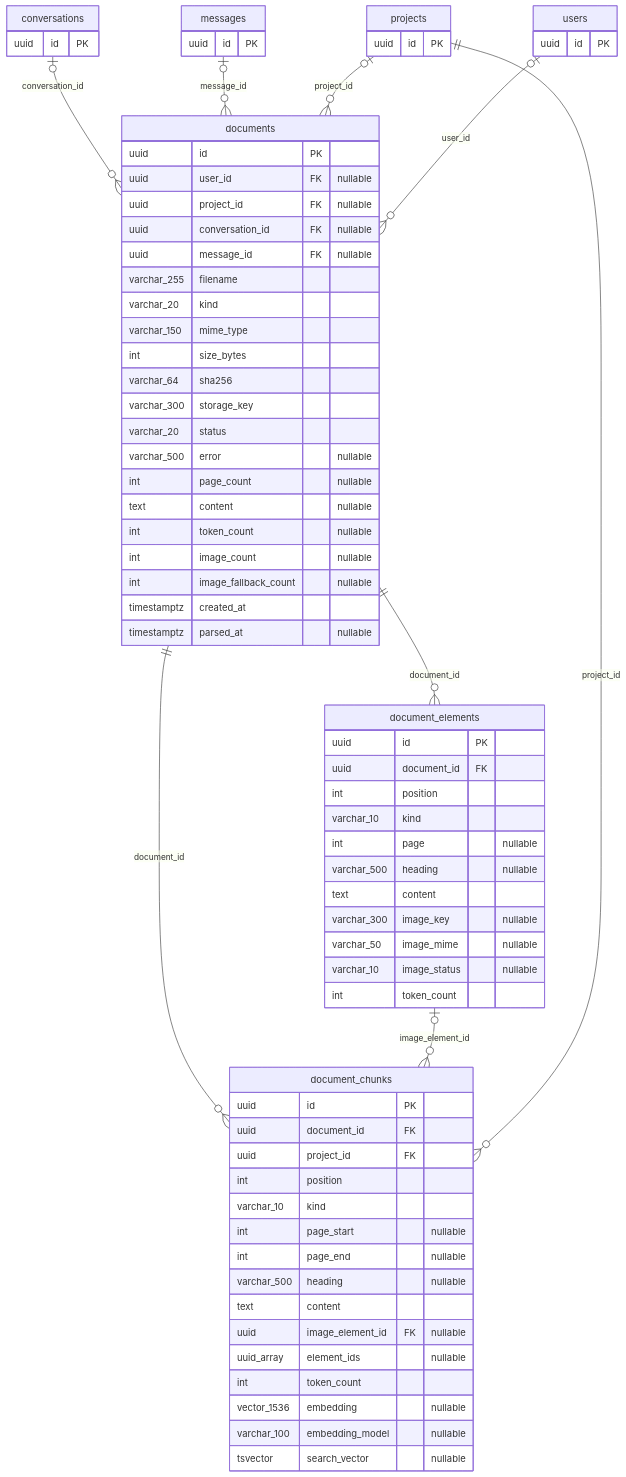
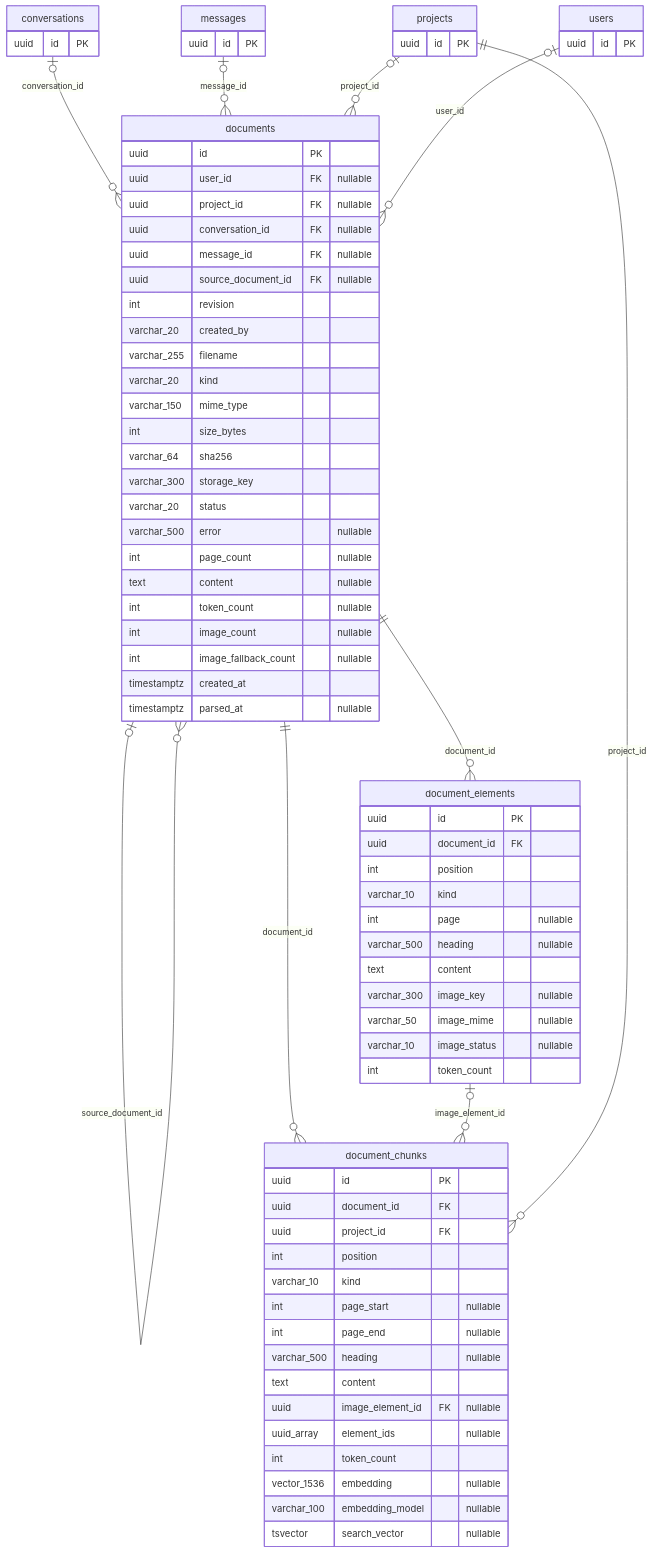
Before and after one commit to okdoittttt/apogee-deck: the fourth of 5 diagrams in docs/data/erd.md, drawn with Mermaid. The commit also changed other lines of this file and 26 other files, not shown here.

````diff
--- a/docs/data/erd.md
+++ b/docs/data/erd.md
@@ -157,75 +158,79 @@
 ```mermaid
 erDiagram
     conversations o|--o{ documents : "conversation_id"
     messages o|--o{ documents : "message_id"
     projects o|--o{ documents : "project_id"
+    documents o|--o{ documents : "source_document_id"
     users o|--o{ documents : "user_id"
     documents ||--o{ document_elements : "document_id"
     documents ||--o{ document_chunks : "document_id"
     document_elements o|--o{ document_chunks : "image_element_id"
     projects ||--o{ document_chunks : "project_id"
     users {
         uuid id PK
     }
     projects {
         uuid id PK
     }
     conversations {
         uuid id PK
     }
     messages {
         uuid id PK
     }
     documents {
         uuid id PK
         uuid user_id FK "nullable"
         uuid project_id FK "nullable"
         uuid conversation_id FK "nullable"
         uuid message_id FK "nullable"
+        uuid source_document_id FK "nullable"
+        int revision
+        varchar_20 created_by
         varchar_255 filename
         varchar_20 kind
         varchar_150 mime_type
         int size_bytes
         varchar_64 sha256
         varchar_300 storage_key
         varchar_20 status
         varchar_500 error "nullable"
         int page_count "nullable"
         text content "nullable"
         int token_count "nullable"
         int image_count "nullable"
         int image_fallback_count "nullable"
         timestamptz created_at
         timestamptz parsed_at "nullable"
     }
     document_elements {
         uuid id PK
         uuid document_id FK
         int position
         varchar_10 kind
         int page "nullable"
         varchar_500 heading "nullable"
         text content
         varchar_300 image_key "nullable"
         varchar_50 image_mime "nullable"
         varchar_10 image_status "nullable"
         int token_count
     }
     document_chunks {
         uuid id PK
         uuid document_id FK
         uuid project_id FK
         int position
         varchar_10 kind
         int page_start "nullable"
         int page_end "nullable"
         varchar_500 heading "nullable"
         text content
         uuid image_element_id FK "nullable"
         uuid_array element_ids "nullable"
         int token_count
         vector_1536 embedding "nullable"
         varchar_100 embedding_model "nullable"
         tsvector search_vector "nullable"
     }
 ```
````
